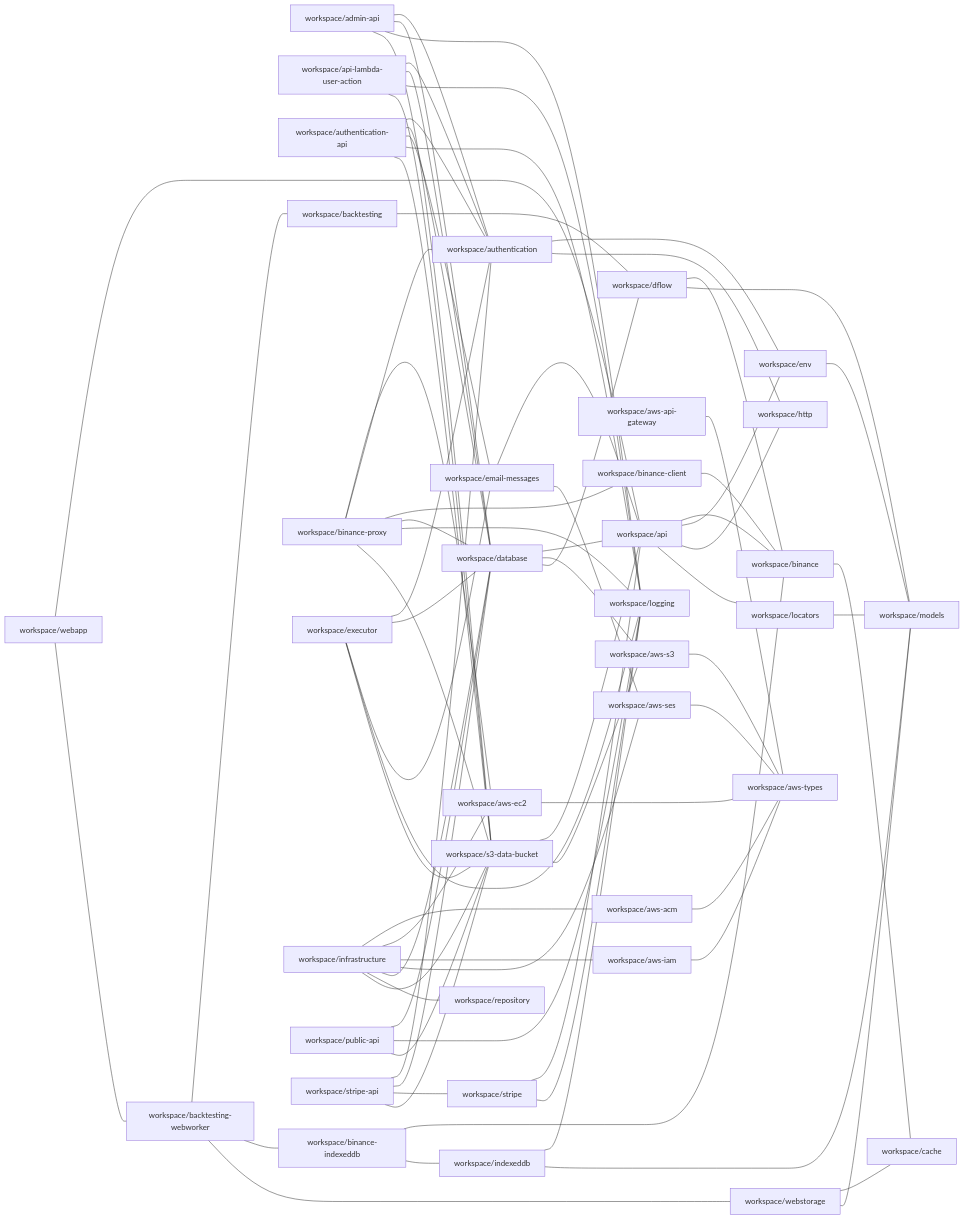
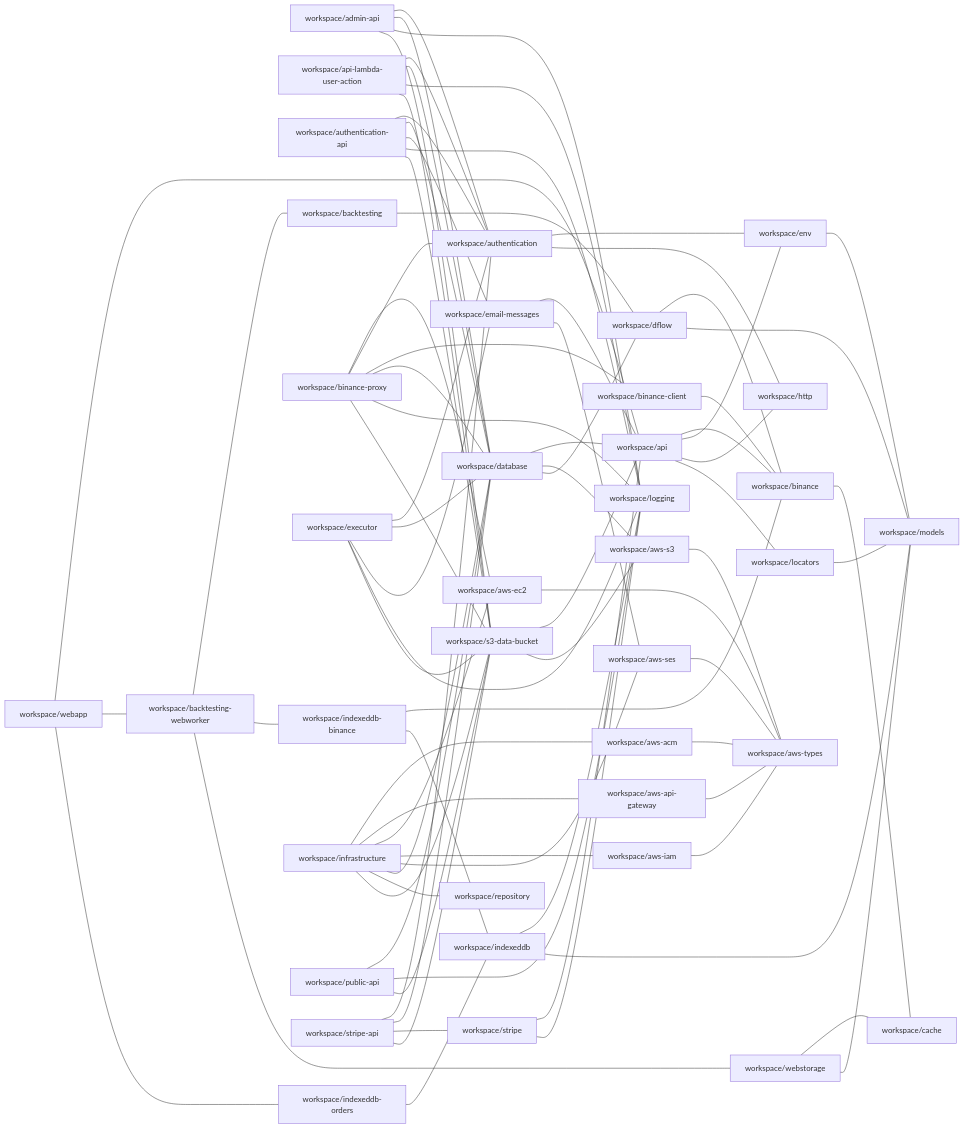
The diagram in repository/docs/npm-dependencies.md (ggbot-org/ggbot), drawn with Mermaid before and after one commit. The commit also changed 17 other files, not shown here.

Commit message:
add orders indexeddb

````diff
--- a/repository/docs/npm-dependencies.md
+++ b/repository/docs/npm-dependencies.md
@@ -31,12 +31,10 @@
     workspace/aws-ses --- workspace/aws-types
     workspace/backtesting --- workspace/dflow
     workspace/backtesting-webworker --- workspace/backtesting
-    workspace/backtesting-webworker --- workspace/binance-indexeddb
+    workspace/backtesting-webworker --- workspace/indexeddb-binance
     workspace/backtesting-webworker --- workspace/webstorage
     workspace/binance --- workspace/cache
     workspace/binance-client --- workspace/binance
-    workspace/binance-indexeddb --- workspace/binance
-    workspace/binance-indexeddb --- workspace/indexeddb
     workspace/binance-proxy --- workspace/aws-ec2
     workspace/binance-proxy --- workspace/authentication
     workspace/binance-proxy --- workspace/binance-client
@@ -58,7 +56,11 @@
     workspace/executor --- workspace/s3-data-bucket
     workspace/indexeddb --- workspace/logging
     workspace/indexeddb --- workspace/models
+    workspace/indexeddb-binance --- workspace/binance
+    workspace/indexeddb-binance --- workspace/indexeddb
+    workspace/indexeddb-orders --- workspace/indexeddb
     workspace/infrastructure --- workspace/aws-acm
+    workspace/infrastructure --- workspace/aws-api-gateway
     workspace/infrastructure --- workspace/aws-ec2
     workspace/infrastructure --- workspace/aws-iam
     workspace/infrastructure --- workspace/aws-ses
@@ -79,6 +81,7 @@
     workspace/stripe-api --- workspace/s3-data-bucket
     workspace/webapp --- workspace/api
     workspace/webapp --- workspace/backtesting-webworker
+    workspace/webapp --- workspace/indexeddb-orders
     workspace/webstorage --- workspace/cache
     workspace/webstorage --- workspace/models
 ```
````
